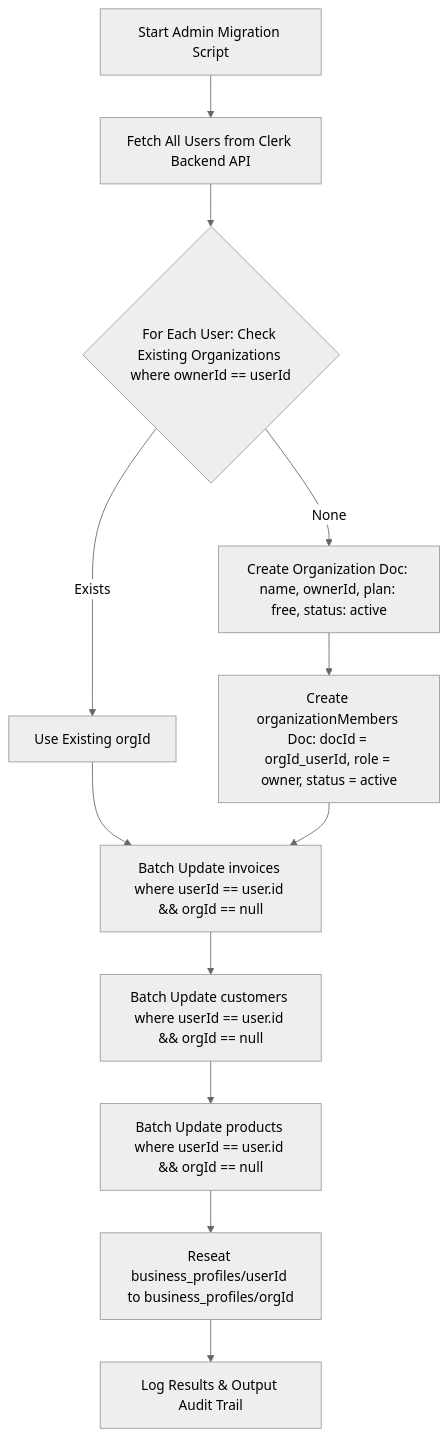
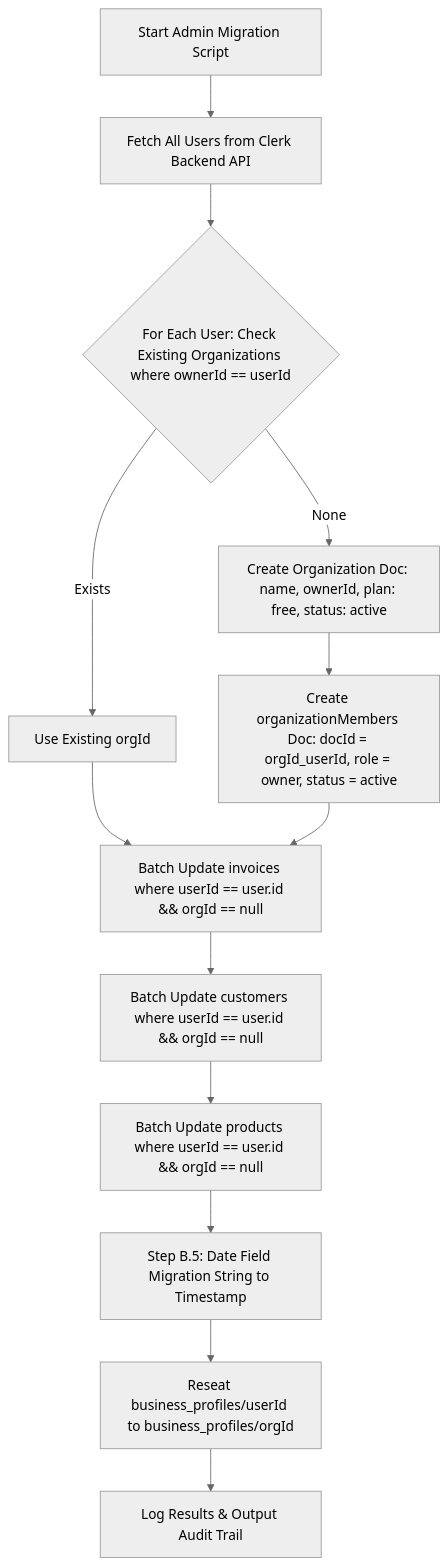
Before and after one commit to quimoraLabs/invoice-dashboard: the first of 2 diagrams in docs/B2B_MIGRATION_STEP1.md, drawn with Mermaid (neutral theme). The commit also changed other lines of this file and 3 other files, not shown here.

````diff
--- a/docs/B2B_MIGRATION_STEP1.md
+++ b/docs/B2B_MIGRATION_STEP1.md
@@ -177,14 +196,15 @@
 ```mermaid
 flowchart TD
     A[Start Admin Migration Script] --> B[Fetch All Users from Clerk Backend API]
     B --> C{For Each User: Check Existing Organizations where ownerId == userId}
     C -- Exists --> D[Use Existing orgId]
     C -- None --> E[Create Organization Doc: name, ownerId, plan: free, status: active]
     E --> F[Create organizationMembers Doc: docId = orgId_userId, role = owner, status = active]
     D --> G[Batch Update invoices where userId == user.id && orgId == null]
     F --> G
     G --> H[Batch Update customers where userId == user.id && orgId == null]
     H --> I[Batch Update products where userId == user.id && orgId == null]
-    I --> J[Reseat business_profiles/userId to business_profiles/orgId]
-    J --> K[Log Results & Output Audit Trail]
+    I --> J[Step B.5: Date Field Migration String to Timestamp]
+    J --> K[Reseat business_profiles/userId to business_profiles/orgId]
+    K --> L[Log Results & Output Audit Trail]
 ```
````
